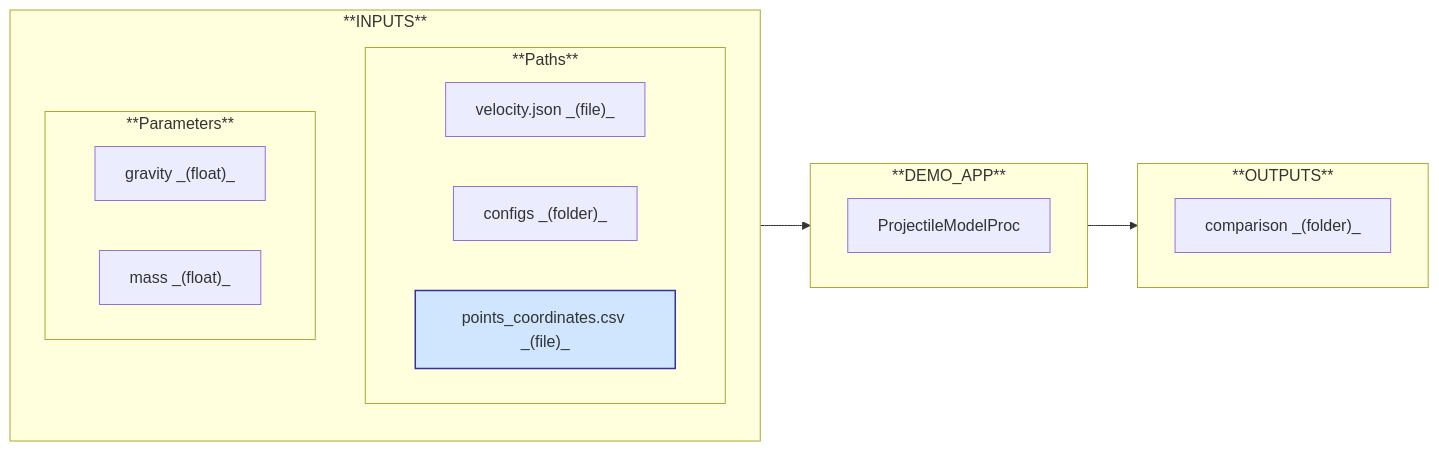
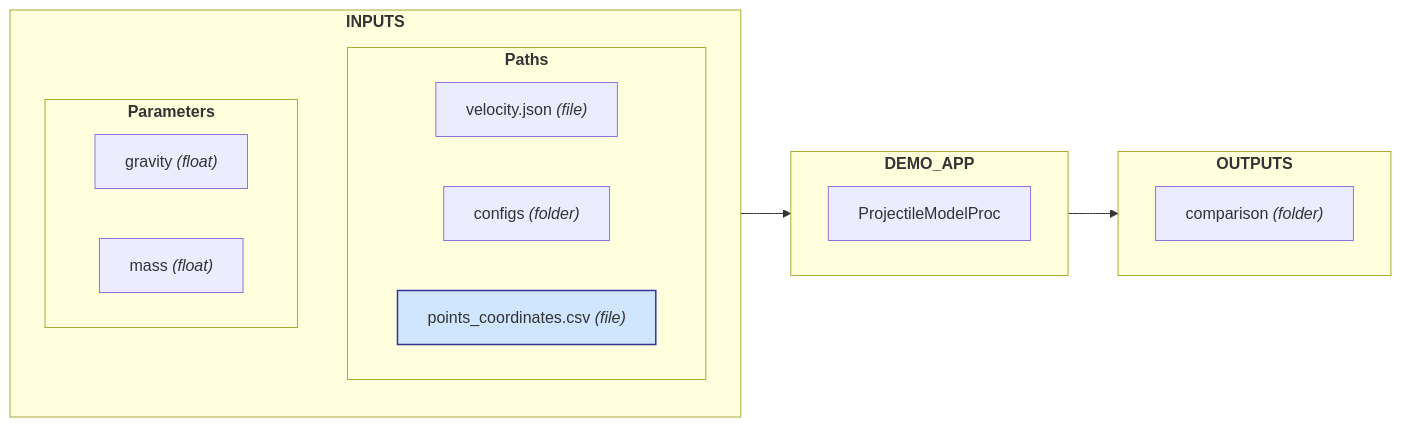
Before and after one commit to nuremics/nuremics-labs: the seventh of 8 diagrams in src/nuremics_labs/apps/general/DEMO_APP/README.md, drawn with Mermaid. The commit also changed other lines of this file, not shown here.

````diff
--- a/src/nuremics_labs/apps/general/DEMO_APP/README.md
+++ b/src/nuremics_labs/apps/general/DEMO_APP/README.md
@@ -189,35 +189,35 @@
 ```mermaid
 flowchart LR
-  subgraph **INPUTS**
+  subgraph Inputs[<b>INPUTS<b>]
     direction TB
 
-    subgraph **Paths**
+    subgraph Paths[<b>Paths<b>]
       direction LR
-      path2["velocity.json _(file)_"]
-      path3["configs _(folder)_"]
-      out1["points_coordinates.csv _(file)_"]
+      path2["velocity.json <i>(file)<i>"]
+      path3["configs <i>(folder)<i>"]
+      out1["points_coordinates.csv <i>(file)<i>"]
     end
 
-    subgraph **Parameters**
+    subgraph Parameters[<b>Parameters<b>]
       direction LR
-      param2["gravity _(float)_"]
-      param3["mass _(float)_"]
+      param2["gravity <i>(float)<i>"]
+      param3["mass <i>(float)<i>"]
     end
   end
 
-  subgraph **DEMO_APP**
+  subgraph App[<b>DEMO_APP<b>]
     direction RL
     proc2["ProjectileModelProc"]
   end
 
-  subgraph **OUTPUTS**
+  subgraph Outputs[<b>OUTPUTS<b>]
     direction RL
-    out3["comparison _(folder)_"]
+    out3["comparison <i>(folder)<i>"]
   end
 
-  **INPUTS** --> proc2
-  proc2 --> **OUTPUTS**
+  Inputs --> proc2
+  proc2 --> Outputs
 
   classDef blueBox fill:#d0e6ff,stroke:#339,stroke-width:1.5px;
   class out1 blueBox;
 ```
````
